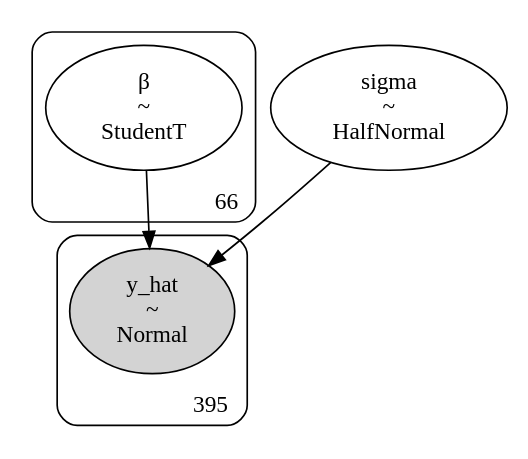
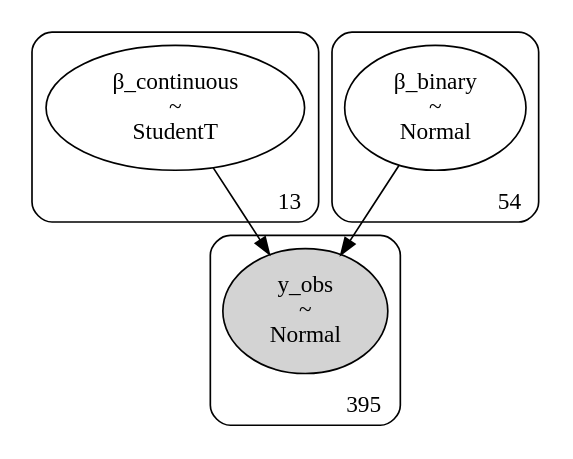
One commit to willtenpas/DS6040 changed the diagram in .gv. Above: the diagram before and after it, drawn with Graphviz. The commit also changed 3 other files, not shown here.

```diff
--- a/.gv
+++ b/.gv
@@ -1,19 +1,22 @@
 digraph {
-	subgraph cluster66 {
-		"β" [label="β
+	subgraph cluster13 {
+		"β_continuous" [label="β_continuous
 ~
 StudentT" shape=ellipse]
-		label=66 labeljust=r labelloc=b style=rounded
+		label=13 labeljust=r labelloc=b style=rounded
 	}
-	sigma [label="sigma
+	subgraph cluster54 {
+		"β_binary" [label="β_binary
 ~
-HalfNormal" shape=ellipse]
+Normal" shape=ellipse]
+		label=54 labeljust=r labelloc=b style=rounded
+	}
 	subgraph cluster395 {
-		y_hat [label="y_hat
+		y_obs [label="y_obs
 ~
 Normal" shape=ellipse style=filled]
 		label=395 labeljust=r labelloc=b style=rounded
 	}
-	sigma -> y_hat
-	"β" -> y_hat
+	"β_continuous" -> y_obs
+	"β_binary" -> y_obs
 }
```
